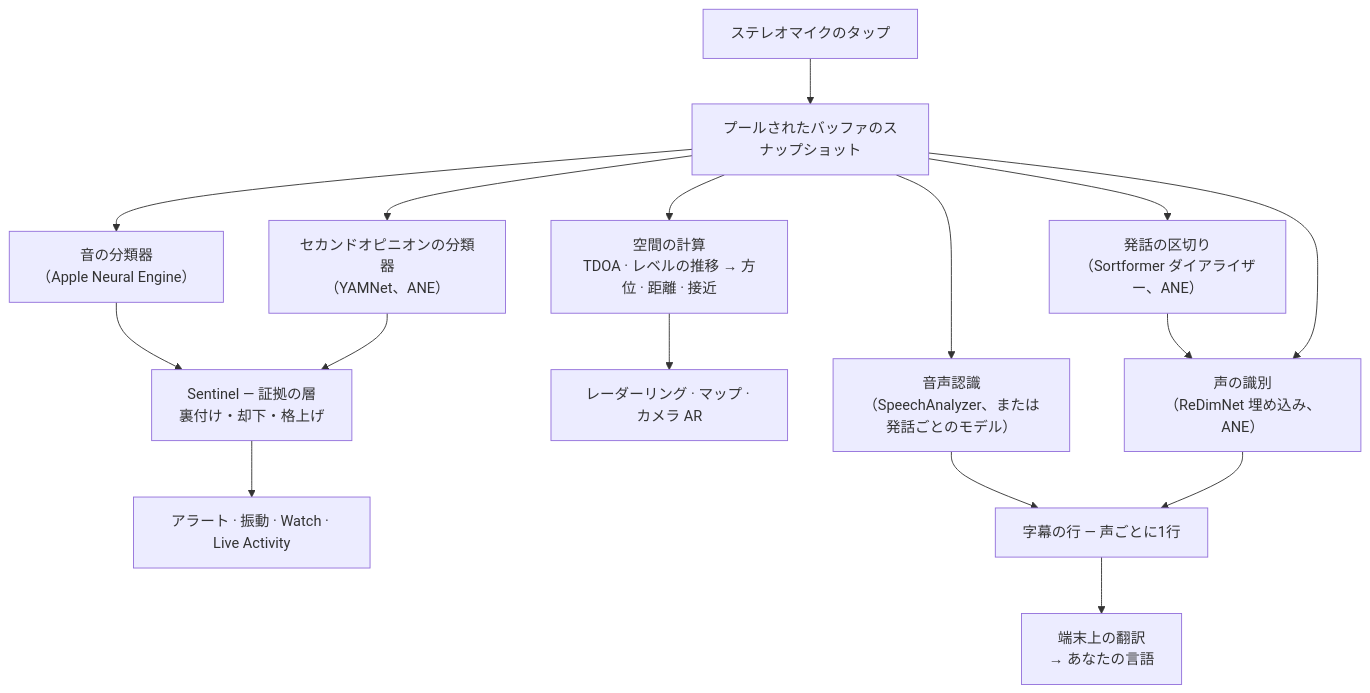
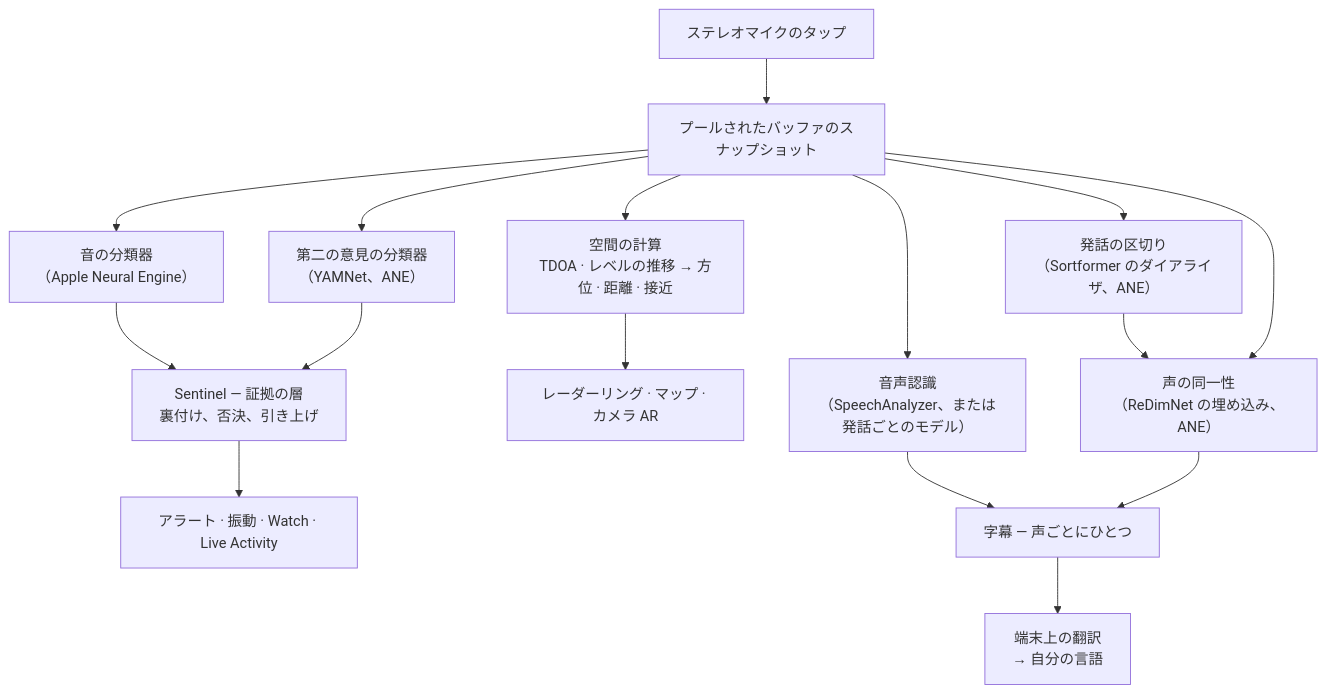
Before and after one commit to rpalm01-star/VigilantEarLegal: the second of 4 diagrams in README_ja.md, drawn with Mermaid. The commit also changed other lines of this file and 14 other files, not shown here.

````diff
--- a/README_ja.md
+++ b/README_ja.md
@@ -145,18 +180,18 @@
 ```mermaid
 graph TD
     A["ステレオマイクのタップ"] --> B["プールされたバッファのスナップショット"]
     B --> C["音の分類器<br/>（Apple Neural Engine）"]
-    B --> Y["セカンドオピニオンの分類器<br/>（YAMNet、ANE）"]
-    C --> S["Sentinel — 証拠の層<br/>裏付け・却下・格上げ"]
+    B --> Y["第二の意見の分類器<br/>（YAMNet、ANE）"]
+    C --> S["Sentinel — 証拠の層<br/>裏付け、否決、引き上げ"]
     Y --> S
     S --> H["アラート · 振動 · Watch · Live Activity"]
     B --> D["空間の計算<br/>TDOA · レベルの推移 → 方位 · 距離 · 接近"]
     D --> R["レーダーリング · マップ · カメラ AR"]
     B --> F["音声認識<br/>（SpeechAnalyzer、または発話ごとのモデル）"]
-    B --> N["発話の区切り<br/>（Sortformer ダイアライザー、ANE）"]
-    N --> E["声の識別<br/>（ReDimNet 埋め込み、ANE）"]
+    B --> N["発話の区切り<br/>（Sortformer のダイアライザ、ANE）"]
+    N --> E["声の同一性<br/>（ReDimNet の埋め込み、ANE）"]
     B --> E
-    F --> G["字幕の行 — 声ごとに1行"]
+    F --> G["字幕 — 声ごとにひとつ"]
     E --> G
-    G --> T["端末上の翻訳<br/>→ あなたの言語"]
+    G --> T["端末上の翻訳<br/>→ 自分の言語"]
 ```
````
